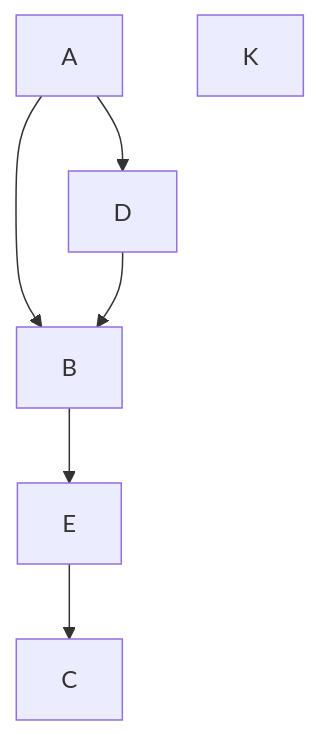
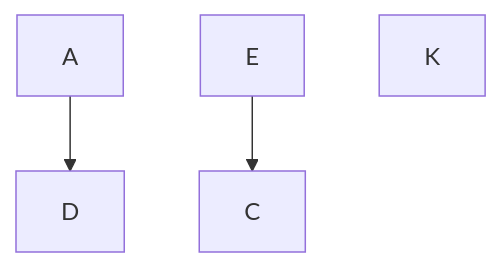
Before and after one commit to msatul1305/Linux: the diagram in DSA/Graph/graph_mermaid.md, drawn with Mermaid. The commit also changed 3 other files, not shown here.

````diff
--- a/DSA/Graph/graph_mermaid.md
+++ b/DSA/Graph/graph_mermaid.md
@@ -1,9 +1,8 @@
 ```mermaid
   graph TD;
-    A-->B
-    A-->D
-    B-->E
-    D-->B
-    E-->C
+    A --> D
+    C
+    D
+    E --> C
     K
 ```
````
